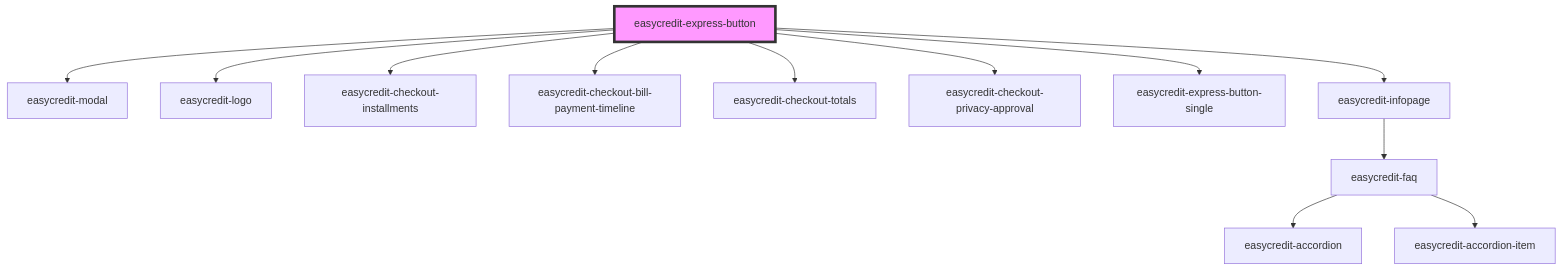
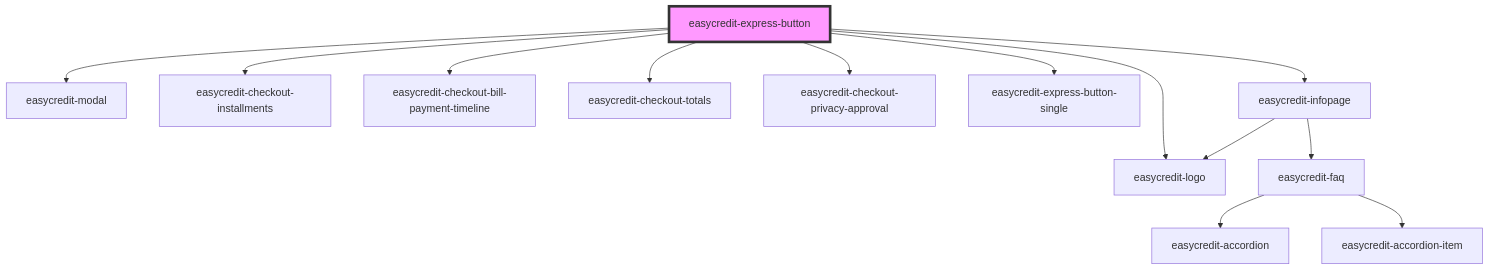
Before and after one commit to teambank/easycredit-webcomponents: the diagram in src/components/easycredit-express-button/readme.md, drawn with Mermaid. The commit also changed 16 other files, not shown here.

````diff
--- a/src/components/easycredit-express-button/readme.md
+++ b/src/components/easycredit-express-button/readme.md
@@ -33,15 +33,16 @@
 ```mermaid
 graph TD;
   easycredit-express-button --> easycredit-modal
   easycredit-express-button --> easycredit-logo
   easycredit-express-button --> easycredit-checkout-installments
   easycredit-express-button --> easycredit-checkout-bill-payment-timeline
   easycredit-express-button --> easycredit-checkout-totals
   easycredit-express-button --> easycredit-checkout-privacy-approval
   easycredit-express-button --> easycredit-express-button-single
   easycredit-express-button --> easycredit-infopage
+  easycredit-infopage --> easycredit-logo
   easycredit-infopage --> easycredit-faq
   easycredit-faq --> easycredit-accordion
   easycredit-faq --> easycredit-accordion-item
   style easycredit-express-button fill:#f9f,stroke:#333,stroke-width:4px
 ```
````
